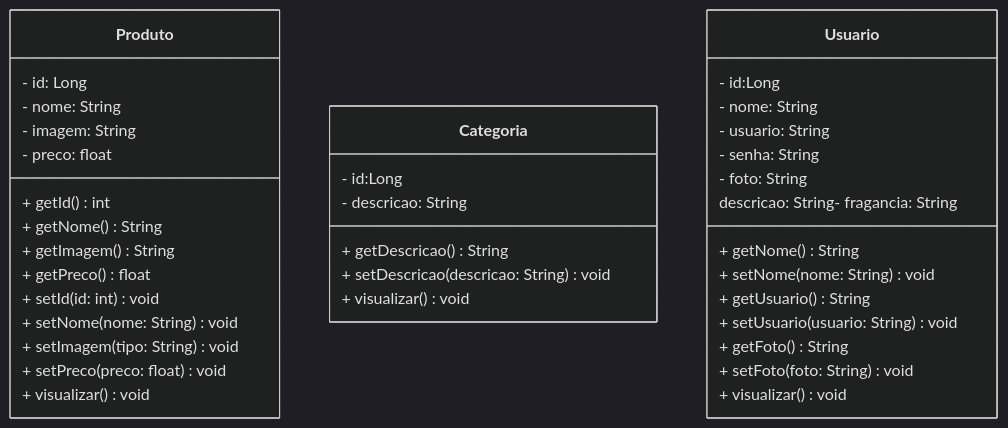
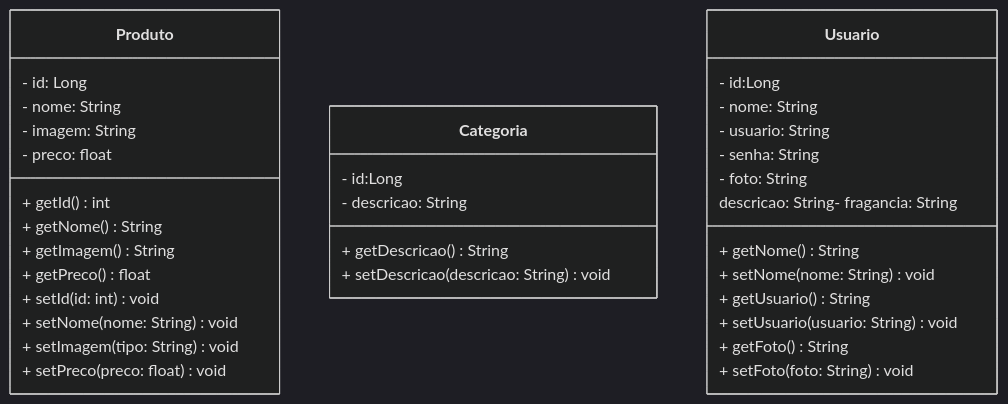
One commit to alineromanini/projeto_final_bloco_02 changed the diagram in README.md. Above: the diagram before and after it, drawn with Mermaid (dark theme). The commit also changed other lines of this file, not shown here.

````diff
--- a/README.md
+++ b/README.md
@@ -82,41 +82,38 @@
 ```mermaid
 classDiagram
 class Produto {
   - id: Long
   - nome: String
   - imagem: String
   - preco: float
   + getId() int
   + getNome() String
   + getImagem() String
   + getPreco() float
   + setId(id: int) void
   + setNome(nome: String) void
   + setImagem(tipo: String) void
   + setPreco(preco: float) void
-  + visualizar() void
 }
 class Categoria {
   - id:Long
   - descricao: String
   + getDescricao() String
   + setDescricao(descricao: String) void
-  + visualizar() void
 }
 class Usuario {
   - id:Long
   - nome: String
   - usuario: String
   - senha: String
   - foto: String
   descricao: String- fragancia: String
   + getNome() String
   + setNome(nome: String) void
   + getUsuario() String
   + setUsuario(usuario: String) void
   + getFoto() String
   + setFoto(foto: String) void
-  + visualizar() void
 }
 
 ```
````
